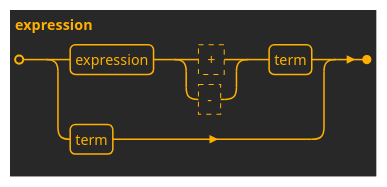
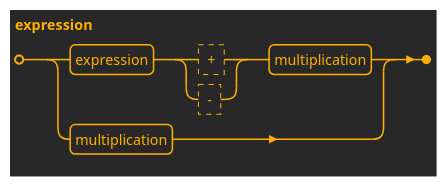
The fourth of 7 diagrams in Domain/MURQ.Domain/URQL/docs/URQL Lines Syntax.md (realsonic/MURQ), drawn with PlantUML before and after one commit. The commit also changed other lines of this file and 2 other files, not shown here.

Commit message:
refactor: рекурсивный метод InterpretJoinedStatementsRestAsync заменён на цикл while в исходном методе InterpretJoinedStatementsAsync; нетереминал term переименован в multiplication

````diff
--- a/Domain/MURQ.Domain/URQL/docs/URQL Lines Syntax.md
+++ b/Domain/MURQ.Domain/URQL/docs/URQL Lines Syntax.md
@@ -88,9 +88,9 @@
 ```plantuml
 @startebnf joinedStatements
 !theme crt-amber
 
 expression =
-    expression, (? + ? | ? - ?), term
-  | term;
+    expression, (? + ? | ? - ?), multiplication
+  | multiplication;
 @endebnf
 ```
````
